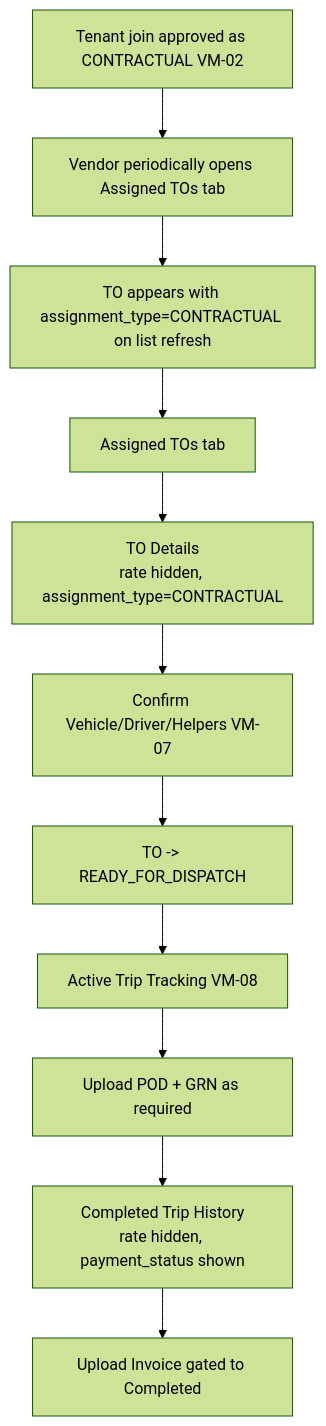
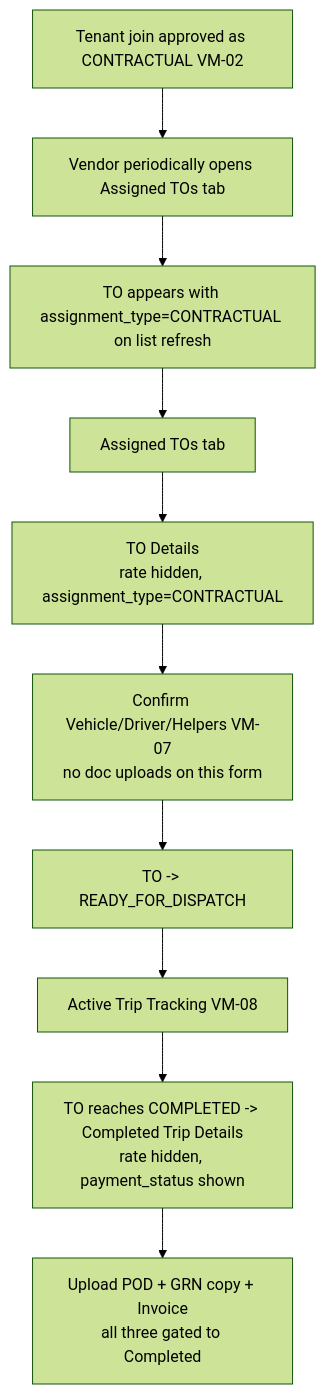
Before and after one commit to sbu-europe/dfms-naming-campaign: the first of 2 diagrams in 05-modules/09-mobile-apps/vendor-mobile/12-vendor-type-flows.md, drawn with Mermaid (forest theme). The commit also changed other lines of this file and 8 other files, not shown here.

````diff
--- a/05-modules/09-mobile-apps/vendor-mobile/12-vendor-type-flows.md
+++ b/05-modules/09-mobile-apps/vendor-mobile/12-vendor-type-flows.md
@@ -100,13 +101,12 @@
 ```mermaid
 flowchart TD
   J[Tenant join approved as CONTRACTUAL VM-02] --> WAIT[Vendor periodically opens Assigned TOs tab]
   WAIT --> APP[TO appears with assignment_type=CONTRACTUAL on list refresh]
   APP --> ATO[Assigned TOs tab]
   ATO --> AD[TO Details<br/>rate hidden, assignment_type=CONTRACTUAL]
-  AD --> VM7[Confirm Vehicle/Driver/Helpers VM-07]
+  AD --> VM7[Confirm Vehicle/Driver/Helpers VM-07<br/>no doc uploads on this form]
   VM7 --> RDY[TO -> READY_FOR_DISPATCH]
   RDY --> TRIP[Active Trip Tracking VM-08]
-  TRIP --> POD[Upload POD + GRN as required]
-  POD --> COMP[Completed Trip History<br/>rate hidden, payment_status shown]
-  COMP --> INV[Upload Invoice gated to Completed]
+  TRIP --> COMP[TO reaches COMPLETED -> Completed Trip Details<br/>rate hidden, payment_status shown]
+  COMP --> UPL[Upload POD + GRN copy + Invoice<br/>all three gated to Completed]
 ```
````
